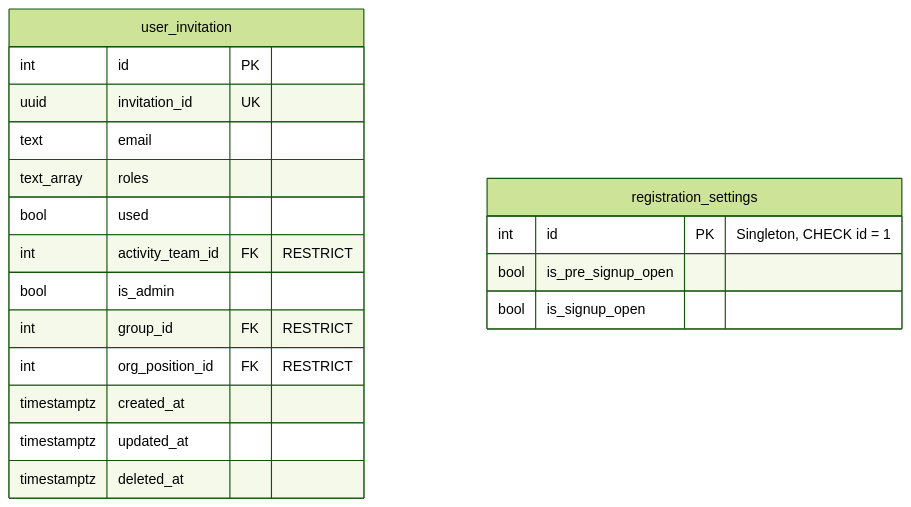
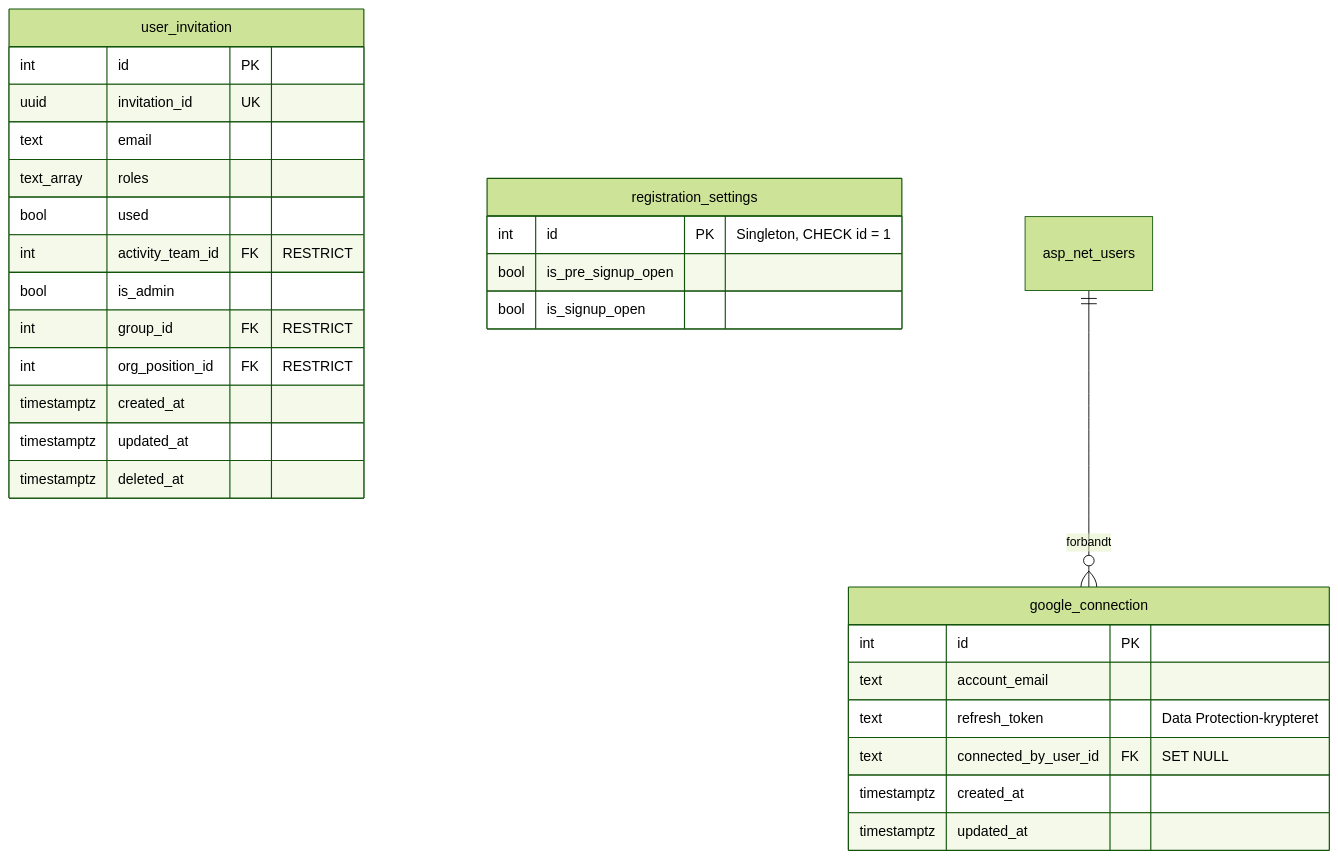
Before and after one commit to smallbenji/DS28-website: the third of 6 diagrams in docs/database.md, drawn with Mermaid (forest theme). The commit also changed other lines of this file and 38 other files, not shown here.

````diff
--- a/docs/database.md
+++ b/docs/database.md
@@ -281,23 +301,34 @@
 ```mermaid
 erDiagram
     user_invitation {
         int id PK
         uuid invitation_id UK
         text email
         text_array roles
         bool used
         int activity_team_id FK "RESTRICT"
         bool is_admin
         int group_id FK "RESTRICT"
         int org_position_id FK "RESTRICT"
         timestamptz created_at
         timestamptz updated_at
         timestamptz deleted_at
     }
 
     registration_settings {
         int id PK "Singleton, CHECK id = 1"
         bool is_pre_signup_open
         bool is_signup_open
     }
+
+    google_connection {
+        int id PK
+        text account_email
+        text refresh_token "Data Protection-krypteret"
+        text connected_by_user_id FK "SET NULL"
+        timestamptz created_at
+        timestamptz updated_at
+    }
+
+    asp_net_users ||--o{ google_connection : "forbandt"
 ```
````
